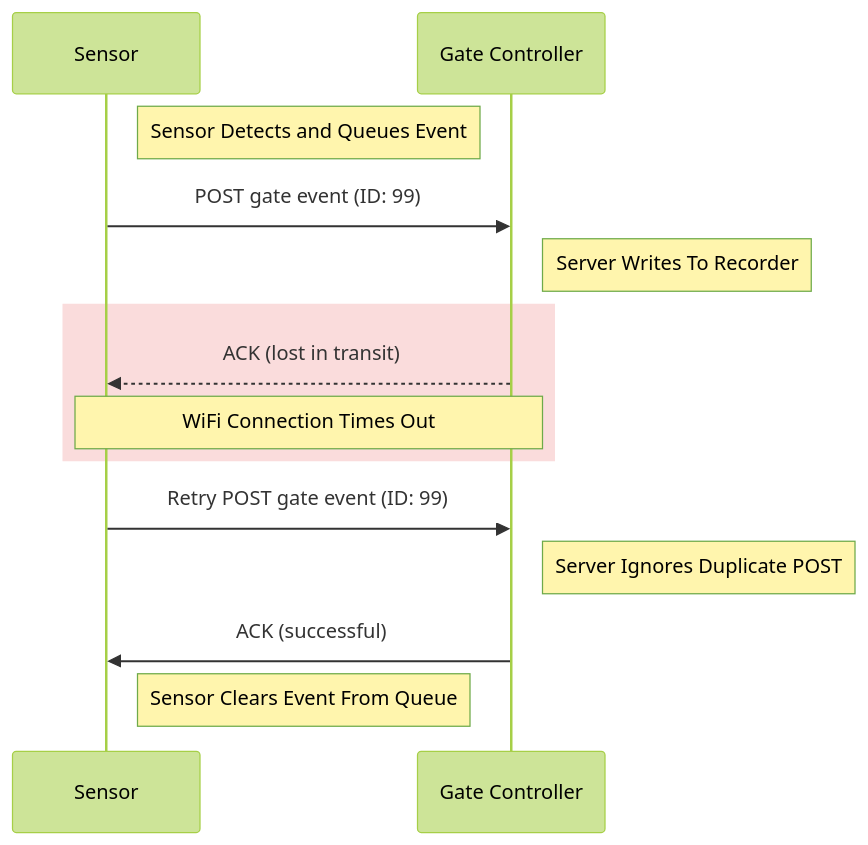
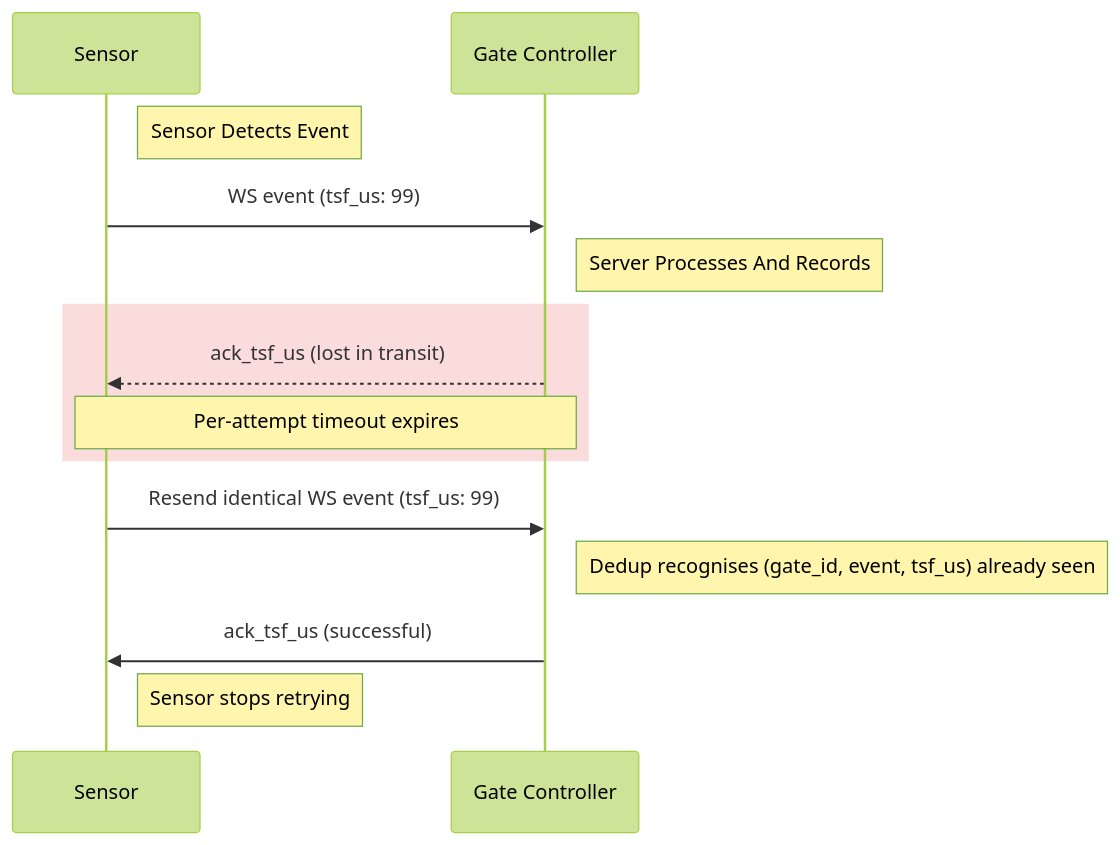
The diagram in docs/RELIABILITY.md (micromouseonline/kronos), drawn with Mermaid (forest theme) before and after one commit. The commit also changed other lines of this file and 2 other files, not shown here.

````diff
--- a/docs/RELIABILITY.md
+++ b/docs/RELIABILITY.md
@@ -26,18 +24,17 @@
 ``` mermaid
 sequenceDiagram
     participant Sensor
     participant Controller as Gate Controller
 
-    Note right of Sensor: Sensor Detects and Queues Event
-    Sensor->>Controller: POST gate event (ID: 99)
-    Note right of Controller: Server Writes To Recorder
+    Note right of Sensor: Sensor Detects Event
+    Sensor->>Controller: WS event (tsf_us: 99)
+    Note right of Controller: Server Processes And Records
     rect rgb(250, 220, 220)
-    Controller-->>Sensor: ACK (lost in transit)
-    Note over Sensor,Controller: WiFi Connection Times Out
+    Controller-->>Sensor: ack_tsf_us (lost in transit)
+    Note over Sensor,Controller: Per-attempt timeout expires
     end
-    Sensor->>Controller: Retry POST gate event (ID: 99)
-    Note right of Controller: Server Ignores Duplicate POST
-    Controller->>Sensor: ACK (successful)
-    Note right of Sensor: Sensor Clears Event From Queue
-    
+    Sensor->>Controller: Resend identical WS event (tsf_us: 99)
+    Note right of Controller: Dedup recognises (gate_id, event, tsf_us) already seen
+    Controller->>Sensor: ack_tsf_us (successful)
+    Note right of Sensor: Sensor stops retrying
 ```
````
